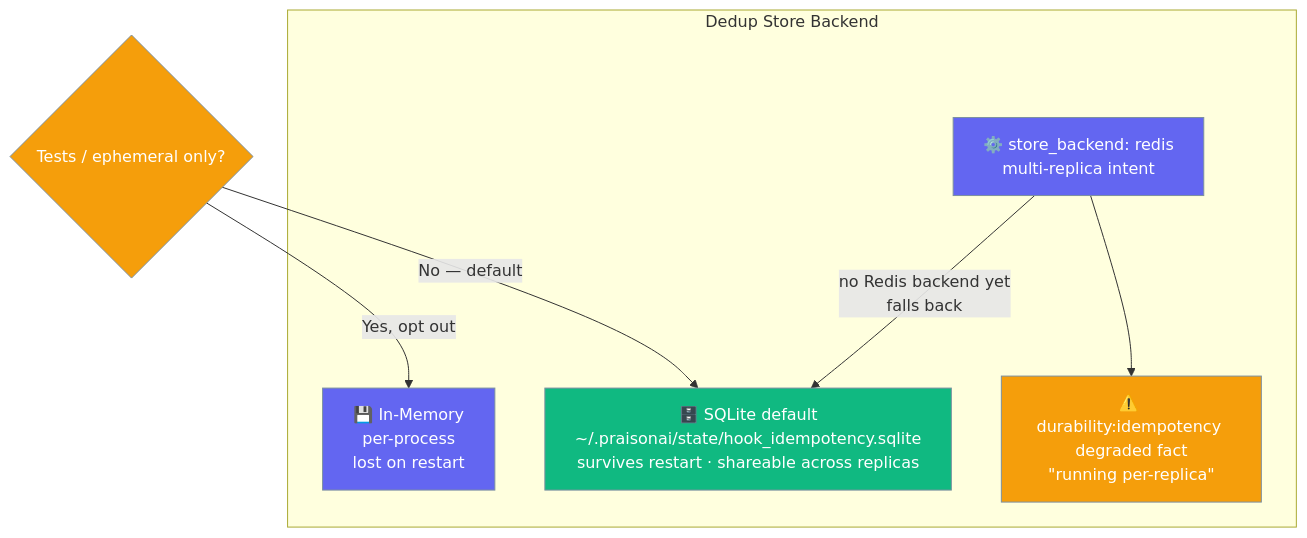
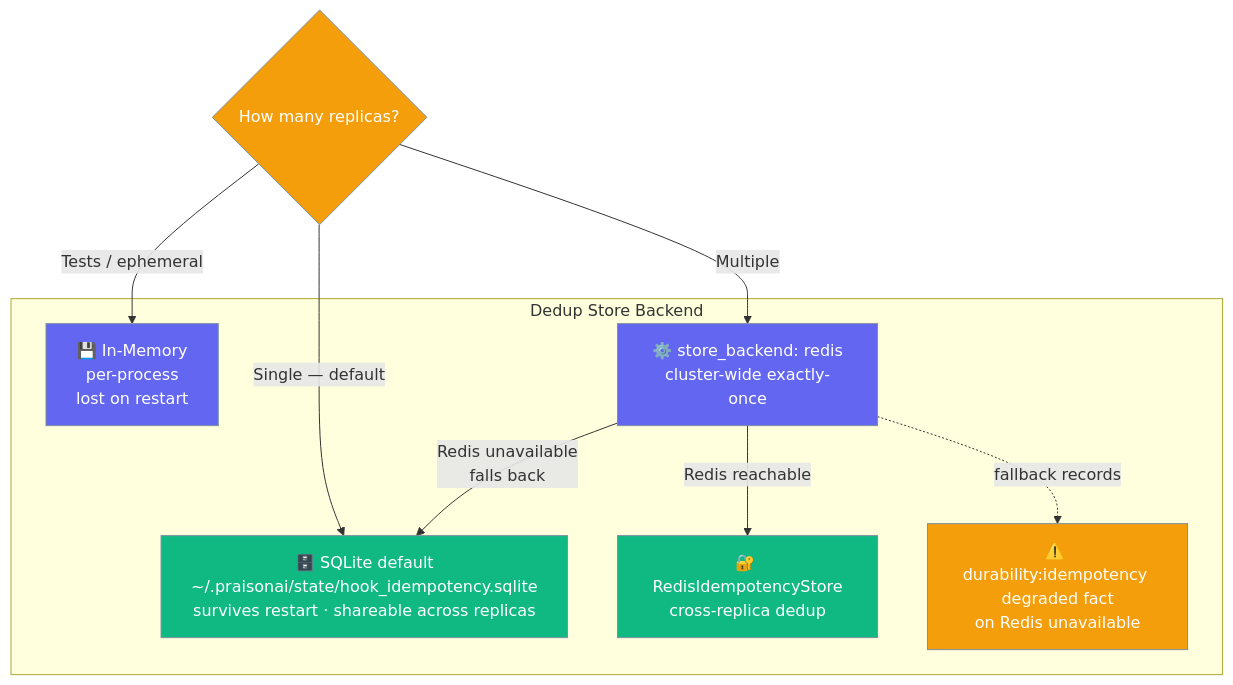
One commit to MervinPraison/PraisonAIDocs changed the third of 5 diagrams in docs/features/gateway-hooks.mdx. Above: the diagram before and after it, drawn with Mermaid. The commit also changed other lines of this file and 6 other files, not shown here.

First line of the commit message:
docs: update store_backend redis to real cross-replica store (fixes #4275)

````diff
--- a/docs/features/gateway-hooks.mdx
+++ b/docs/features/gateway-hooks.mdx
@@ -341,26 +341,31 @@
 ```mermaid
 graph TB
     subgraph "Dedup Store Backend"
         M[💾 In-Memory<br/>per-process<br/>lost on restart]
         S[🗄️ SQLite default<br/>~/.praisonai/state/hook_idempotency.sqlite<br/>survives restart · shareable across replicas]
-        R[⚙️ store_backend: redis<br/>multi-replica intent]
-        Deg[⚠️ durability:idempotency degraded fact<br/>&quot;running per-replica&quot;]
+        R[⚙️ store_backend: redis<br/>cluster-wide exactly-once]
+        RS[🔐 RedisIdempotencyStore<br/>cross-replica dedup]
+        Deg[⚠️ durability:idempotency degraded fact<br/>on Redis unavailable]
     end
-    Choose{Tests / ephemeral only?}
-    Choose -->|Yes, opt out| M
-    Choose -->|No — default| S
-    R -->|no Redis backend yet<br/>falls back| S
-    R --> Deg
+    Choose{How many replicas?}
+    Choose -->|Tests / ephemeral| M
+    Choose -->|Single — default| S
+    Choose -->|Multiple| R
+    R -->|Redis reachable| RS
+    R -->|Redis unavailable<br/>falls back| S
+    R -.->|fallback records| Deg
 
     classDef choice fill:#F59E0B,stroke:#7C90A0,color:#fff
     classDef mem fill:#6366F1,stroke:#7C90A0,color:#fff
     classDef sql fill:#10B981,stroke:#7C90A0,color:#fff
     classDef redis fill:#6366F1,stroke:#7C90A0,color:#fff
+    classDef ok fill:#10B981,stroke:#7C90A0,color:#fff
     classDef warn fill:#F59E0B,stroke:#7C90A0,color:#fff
 
     class Choose choice
     class M mem
     class S sql
     class R redis
+    class RS ok
     class Deg warn
 ```
````
